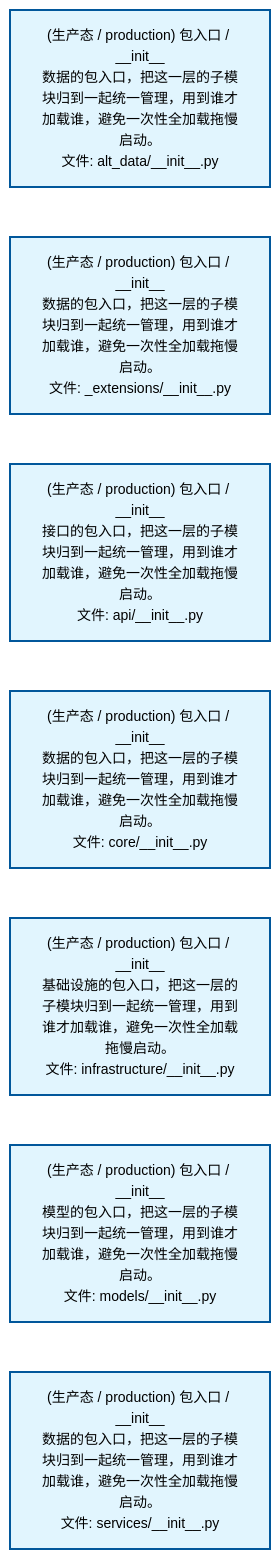
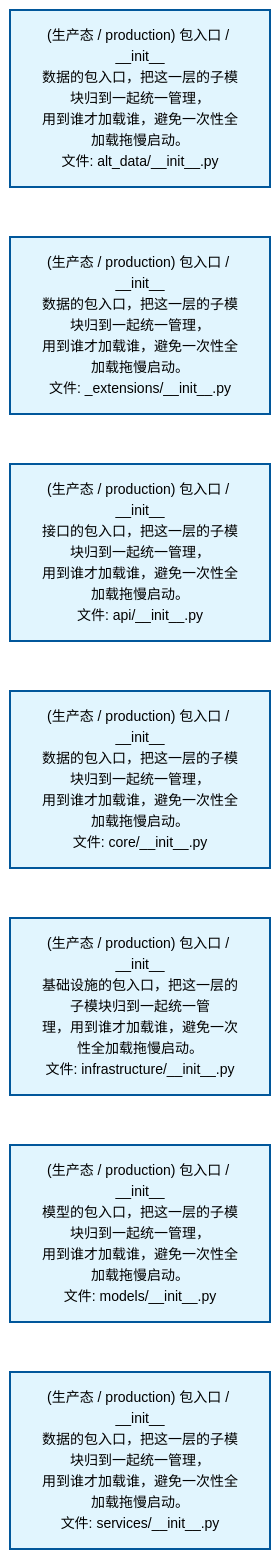
The second of 2 diagrams in docs/02_enterprise_architecture/02_domain_architecture_docs/09_d_alt_data.md (xuanFelixVan/ZephyrAlpha), drawn with Mermaid before and after one commit. The commit also changed other lines of this file and 61 other files, not shown here.

````diff
--- a/docs/02_enterprise_architecture/02_domain_architecture_docs/09_d_alt_data.md
+++ b/docs/02_enterprise_architecture/02_domain_architecture_docs/09_d_alt_data.md
@@ -80,22 +80,22 @@
 ```mermaid
 %%{init: {'theme': 'base', 'themeVariables': {'primaryColor': '#eaeaea', 'primaryTextColor': '#333333', 'primaryBorderColor': '#666666', 'lineColor': '#666666', 'secondaryColor': '#eaeaea', 'tertiaryColor': '#eaeaea', 'fontSize': '14px'}}}%%
 flowchart TD
-    src_zephyr_alt_data_init_py["(生产态 / production) 包入口 / __init__<br/>数据的包入口，把这一层的子模块归到一起统一管理，用到谁才加载谁，避免一次性全加载拖慢启动。<br/>文件: alt_data/__init__.py"]
-    src_zephyr_alt_data_extensions_init_py["(生产态 / production) 包入口 / __init__<br/>数据的包入口，把这一层的子模块归到一起统一管理，用到谁才加载谁，避免一次性全加载拖慢启动。<br/>文件: _extensions/__init__.py"]
-    src_zephyr_alt_data_api_init_py["(生产态 / production) 包入口 / __init__<br/>接口的包入口，把这一层的子模块归到一起统一管理，用到谁才加载谁，避免一次性全加载拖慢启动。<br/>文件: api/__init__.py"]
-    src_zephyr_alt_data_core_init_py["(生产态 / production) 包入口 / __init__<br/>数据的包入口，把这一层的子模块归到一起统一管理，用到谁才加载谁，避免一次性全加载拖慢启动。<br/>文件: core/__init__.py"]
-    src_zephyr_alt_data_infrastructure_init_py["(生产态 / production) 包入口 / __init__<br/>基础设施的包入口，把这一层的子模块归到一起统一管理，用到谁才加载谁，避免一次性全加载拖慢启动。<br/>文件: infrastructure/__init__.py"]
-    src_zephyr_alt_data_models_init_py["(生产态 / production) 包入口 / __init__<br/>模型的包入口，把这一层的子模块归到一起统一管理，用到谁才加载谁，避免一次性全加载拖慢启动。<br/>文件: models/__init__.py"]
-    src_zephyr_alt_data_services_init_py["(生产态 / production) 包入口 / __init__<br/>数据的包入口，把这一层的子模块归到一起统一管理，用到谁才加载谁，避免一次性全加载拖慢启动。<br/>文件: services/__init__.py"]
+    src_zephyr_alt_data_init_py["(生产态 / production) 包入口 / __init__<br/>数据的包入口，把这一层的子模块归到一起统一管理，<br/>用到谁才加载谁，避免一次性全加载拖慢启动。<br/>文件: alt_data/__init__.py"]
+    src_zephyr_alt_data_extensions_init_py["(生产态 / production) 包入口 / __init__<br/>数据的包入口，把这一层的子模块归到一起统一管理，<br/>用到谁才加载谁，避免一次性全加载拖慢启动。<br/>文件: _extensions/__init__.py"]
+    src_zephyr_alt_data_api_init_py["(生产态 / production) 包入口 / __init__<br/>接口的包入口，把这一层的子模块归到一起统一管理，<br/>用到谁才加载谁，避免一次性全加载拖慢启动。<br/>文件: api/__init__.py"]
+    src_zephyr_alt_data_core_init_py["(生产态 / production) 包入口 / __init__<br/>数据的包入口，把这一层的子模块归到一起统一管理，<br/>用到谁才加载谁，避免一次性全加载拖慢启动。<br/>文件: core/__init__.py"]
+    src_zephyr_alt_data_infrastructure_init_py["(生产态 / production) 包入口 / __init__<br/>基础设施的包入口，把这一层的子模块归到一起统一管<br/>理，用到谁才加载谁，避免一次性全加载拖慢启动。<br/>文件: infrastructure/__init__.py"]
+    src_zephyr_alt_data_models_init_py["(生产态 / production) 包入口 / __init__<br/>模型的包入口，把这一层的子模块归到一起统一管理，<br/>用到谁才加载谁，避免一次性全加载拖慢启动。<br/>文件: models/__init__.py"]
+    src_zephyr_alt_data_services_init_py["(生产态 / production) 包入口 / __init__<br/>数据的包入口，把这一层的子模块归到一起统一管理，<br/>用到谁才加载谁，避免一次性全加载拖慢启动。<br/>文件: services/__init__.py"]
     src_zephyr_alt_data_init_py ~~~ src_zephyr_alt_data_extensions_init_py
     src_zephyr_alt_data_extensions_init_py ~~~ src_zephyr_alt_data_api_init_py
     src_zephyr_alt_data_api_init_py ~~~ src_zephyr_alt_data_core_init_py
     src_zephyr_alt_data_core_init_py ~~~ src_zephyr_alt_data_infrastructure_init_py
     src_zephyr_alt_data_infrastructure_init_py ~~~ src_zephyr_alt_data_models_init_py
     src_zephyr_alt_data_models_init_py ~~~ src_zephyr_alt_data_services_init_py
     classDef production fill:#e1f5fe,stroke:#01579b,stroke-width:2px,color:#000
     classDef design fill:#fff3e0,stroke:#e65100,stroke-width:2px,color:#000,stroke-dasharray: 5 5
     classDef external_prod fill:#e8f4fd,stroke:#0277bd,stroke-width:1px,color:#000
     classDef external_design fill:#fff8e7,stroke:#ef6c00,stroke-width:1px,color:#000,stroke-dasharray: 5 5
     class src_zephyr_alt_data_init_py,src_zephyr_alt_data_extensions_init_py,src_zephyr_alt_data_api_init_py,src_zephyr_alt_data_core_init_py,src_zephyr_alt_data_infrastructure_init_py,src_zephyr_alt_data_models_init_py,src_zephyr_alt_data_services_init_py production
 ```
````
